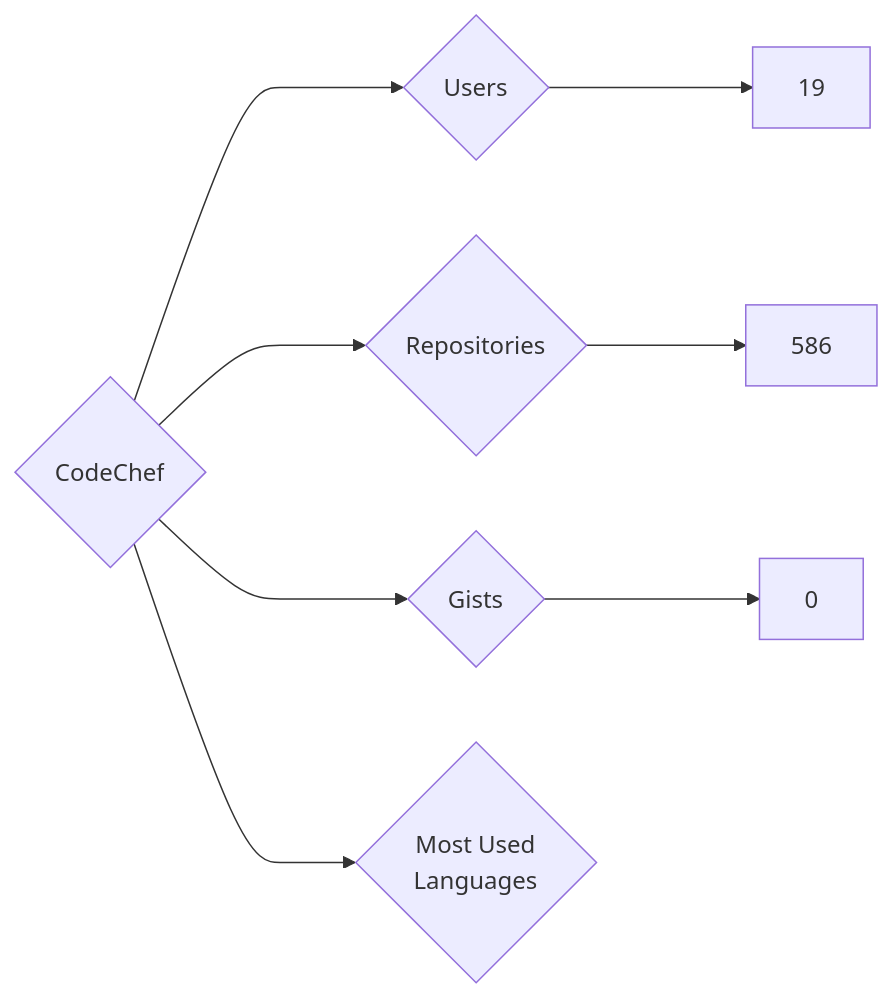
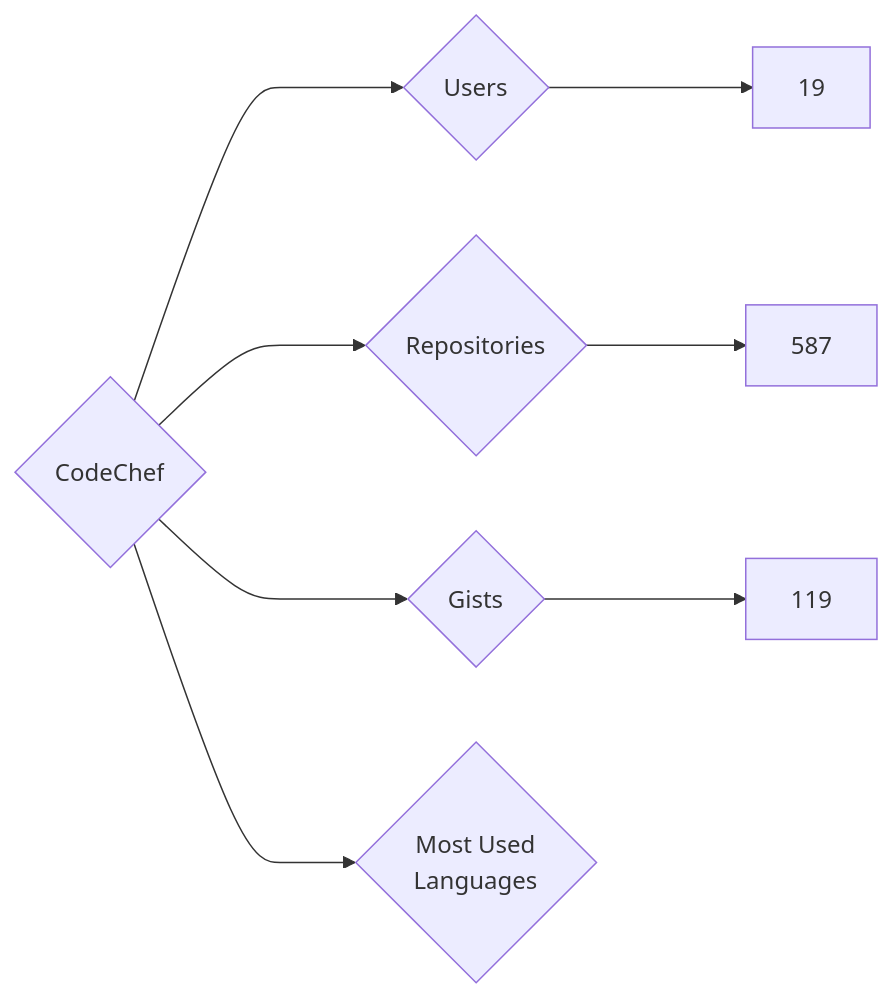
One commit to nenadzaric/insiders changed the diagram in targets/CodeChef/README.md. Above: the diagram before and after it, drawn with Mermaid. The commit also changed 1342 other files, not shown here.

````diff
--- a/targets/CodeChef/README.md
+++ b/targets/CodeChef/README.md
@@ -3,8 +3,8 @@
 ```mermaid
 graph LR
 COMPANY_NAME{CodeChef}
 COMPANY_NAME ---> U{Users} ---> UN[19]
-COMPANY_NAME ---> R{Repositories} ---> RN[586]
-COMPANY_NAME ---> G{Gists} ---> GN[0]
+COMPANY_NAME ---> R{Repositories} ---> RN[587]
+COMPANY_NAME ---> G{Gists} ---> GN[119]
 COMPANY_NAME ---> ML{Most Used<br>Languages}
 ```
````
